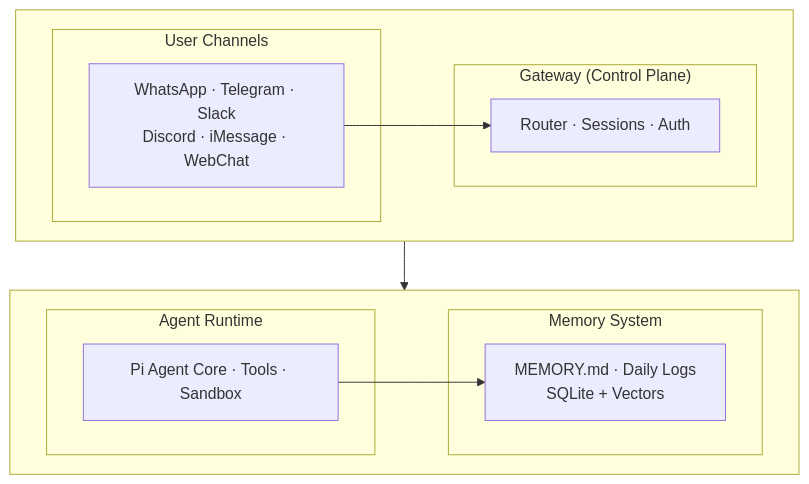
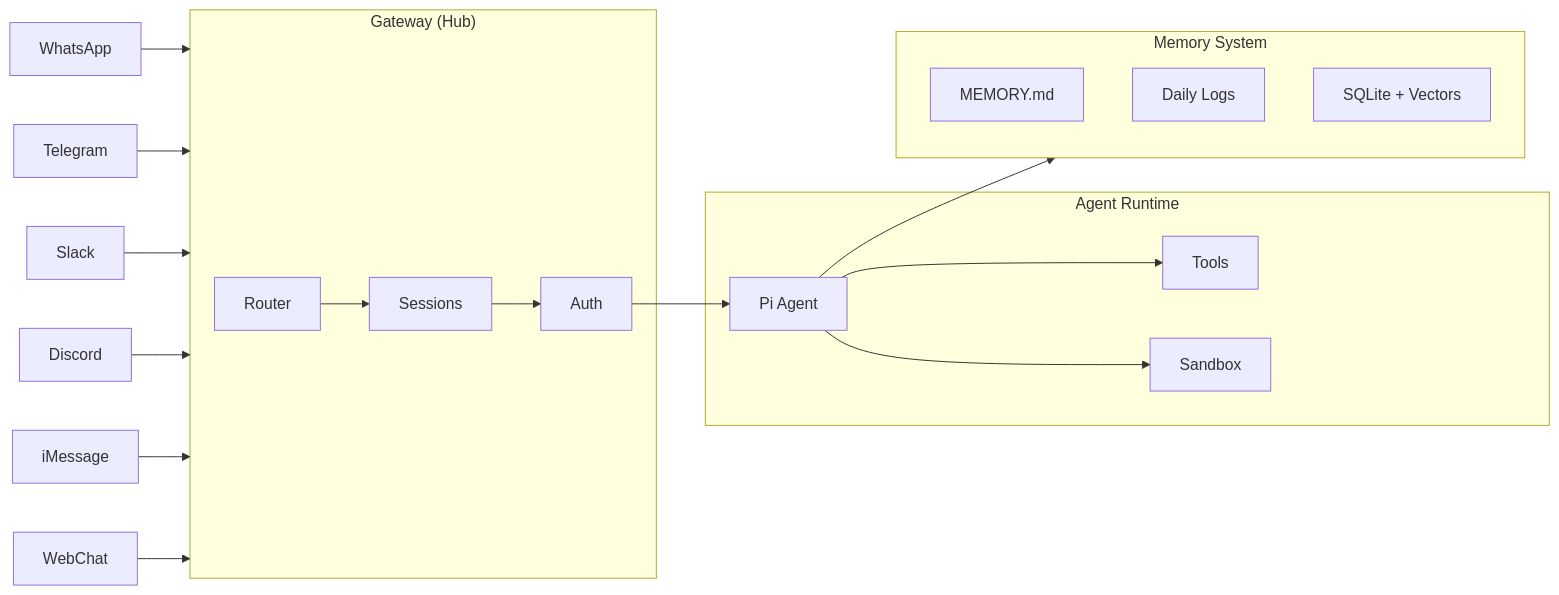
The first of 9 diagrams in _posts/2026-02-27-self-evolving-ai-assistant.md (cynthialmy/cynthialmy.github.io), drawn with Mermaid before and after one commit. The commit also changed other lines of this file, not shown here.

````diff
--- a/_posts/2026-02-27-self-evolving-ai-assistant.md
+++ b/_posts/2026-02-27-self-evolving-ai-assistant.md
@@ -32,26 +32,28 @@
 ```mermaid
-flowchart TB
-    subgraph Top [" "]
-        direction LR
-        subgraph Channels ["User Channels"]
-            CH["WhatsApp · Telegram · Slack<br/>Discord · iMessage · WebChat"]
-        end
-        subgraph GW ["Gateway (Control Plane)"]
-            G["Router · Sessions · Auth"]
-        end
+flowchart LR
+    WA["WhatsApp"] --> GW
+    TG["Telegram"] --> GW
+    SL["Slack"] --> GW
+    DC["Discord"] --> GW
+    IM["iMessage"] --> GW
+    WC["WebChat"] --> GW
+
+    subgraph GW ["Gateway (Hub)"]
+        Router["Router"] --> Session["Sessions"] --> Auth["Auth"]
     end
 
-    subgraph Bottom [" "]
-        direction LR
-        subgraph AgentLayer ["Agent Runtime"]
-            A["Pi Agent Core · Tools · Sandbox"]
-        end
-        subgraph MemoryLayer ["Memory System"]
-            M["MEMORY.md · Daily Logs<br/>SQLite + Vectors"]
-        end
+    Auth --> Core
+
+    subgraph Agent ["Agent Runtime"]
+        Core["Pi Agent"] --> Tools["Tools"]
+        Core --> Sandbox["Sandbox"]
     end
 
-    CH --> G
-    G --> A
-    A --> M
+    Core --> Memory
+
+    subgraph Memory ["Memory System"]
+        MD["MEMORY.md"]
+        Logs["Daily Logs"]
+        DB["SQLite + Vectors"]
+    end
 ```
````
